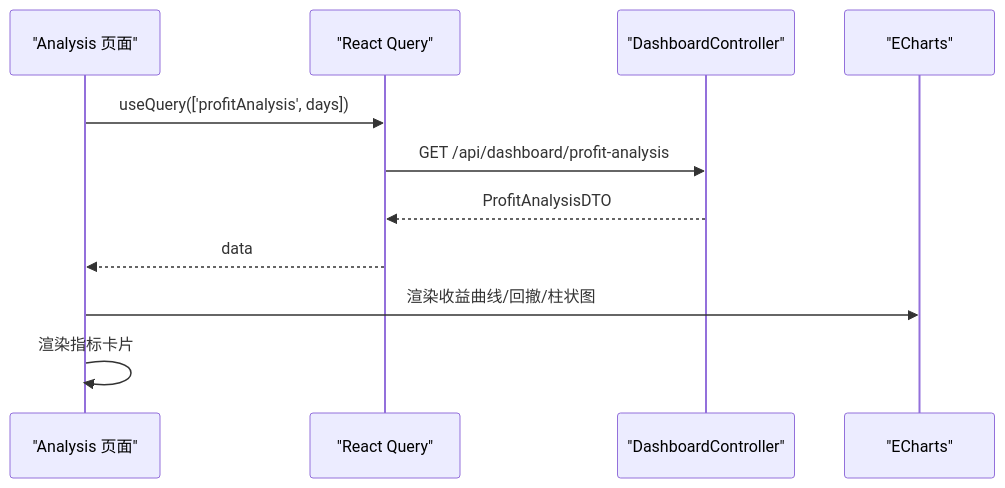
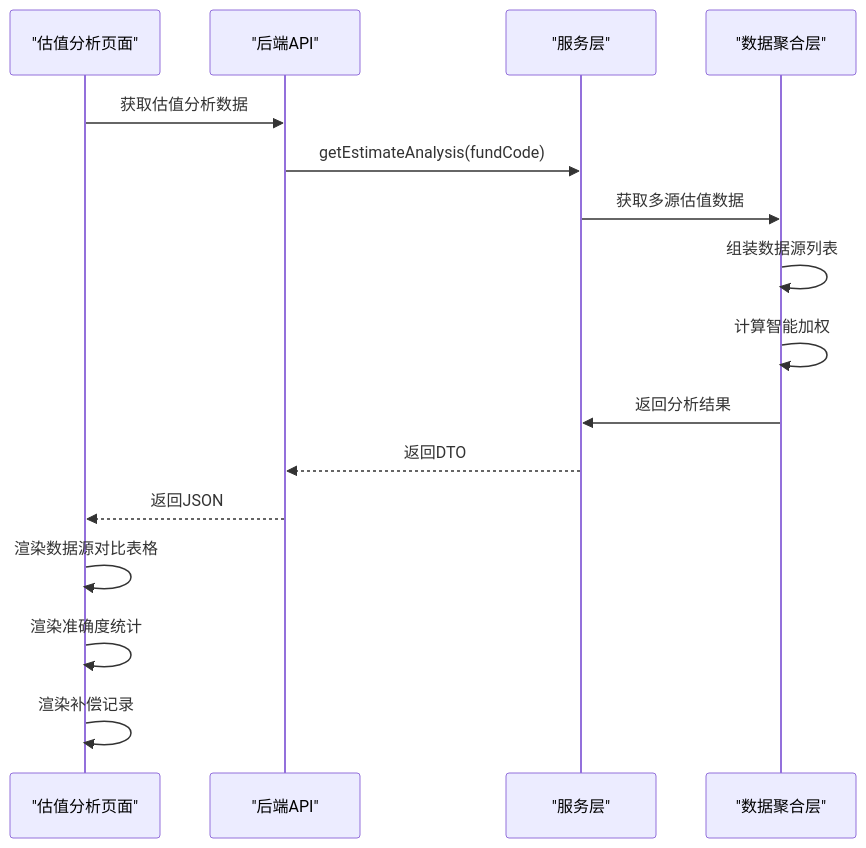
The sixth of 7 diagrams in .qoder/repowiki/zh/content/Progress Tracking.md (gree-coder/fund-butler), drawn with Mermaid before and after one commit. The commit also changed other lines of this file and 7 other files, not shown here.

Commit message:
fix: 修复收益趋势图全0问题，实现历史收益计算逻辑

````diff
--- a/.qoder/repowiki/zh/content/Progress Tracking.md
+++ b/.qoder/repowiki/zh/content/Progress Tracking.md
@@ -252,13 +334,18 @@
 ```mermaid
 sequenceDiagram
-participant Page as "Analysis 页面"
-participant Query as "React Query"
-participant API as "DashboardController"
-participant Chart as "ECharts"
-Page->>Query : useQuery(['profitAnalysis', days])
-Query->>API : GET /api/dashboard/profit-analysis
-API-->>Query : ProfitAnalysisDTO
-Query-->>Page : data
-Page->>Chart : 渲染收益曲线/回撤/柱状图
-Page->>Page : 渲染指标卡片
+participant Page as "估值分析页面"
+participant API as "后端API"
+participant SVC as "服务层"
+participant AGG as "数据聚合层"
+Page->>API : 获取估值分析数据
+API->>SVC : getEstimateAnalysis(fundCode)
+SVC->>AGG : 获取多源估值数据
+AGG->>AGG : 组装数据源列表
+AGG->>AGG : 计算智能加权
+AGG->>SVC : 返回分析结果
+SVC-->>API : 返回DTO
+API-->>Page : 返回JSON
+Page->>Page : 渲染数据源对比表格
+Page->>Page : 渲染准确度统计
+Page->>Page : 渲染补偿记录
 ```
````
